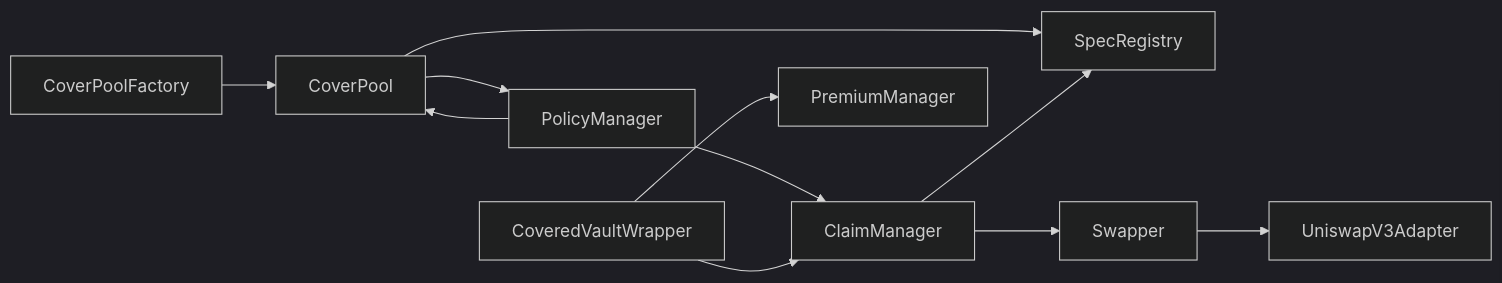
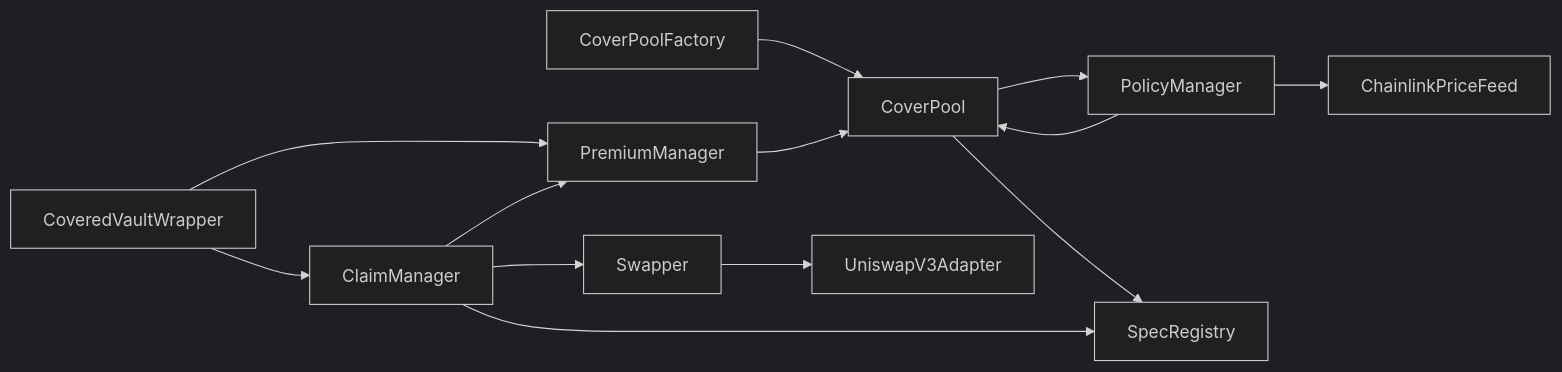
Before and after one commit to 0xcatalysis/coverage: the diagram in docs/architecture/02-smart-contracts.md, drawn with Mermaid (dark theme). The commit also changed other lines of this file and 16 other files, not shown here.

````diff
--- a/docs/architecture/02-smart-contracts.md
+++ b/docs/architecture/02-smart-contracts.md
@@ -11,23 +11,26 @@
 ```mermaid
 graph LR
     CPF[CoverPoolFactory]
     CP[CoverPool]
     PM[PolicyManager]
     CM[ClaimManager]
     PRM[PremiumManager]
     SR[SpecRegistry]
     SW[Swapper]
     UV3[UniswapV3Adapter]
     CVW[CoveredVaultWrapper]
+    PF[ChainlinkPriceFeed]
 
     CPF --> CP
     PM --> CP
     CP --> PM
     CP --> SR
-    PM --> CM
     CVW --> PRM
     CVW --> CM
+    PRM --> CP
     CM --> SR
     CM --> SW
+    CM --> PRM
     SW --> UV3
+    PM --> PF
 ```
````
